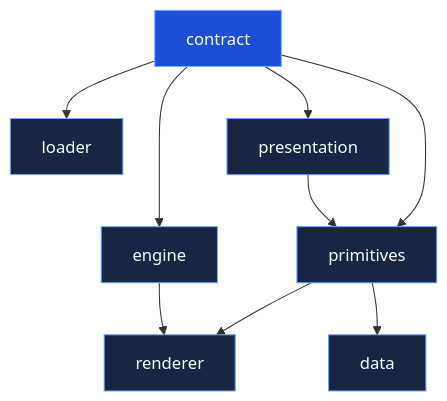
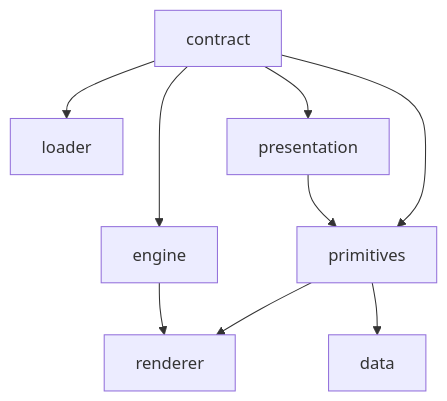
The first of 2 diagrams in apps/docs/packages/overview.md (ikary-platform/ikary-manifest), drawn with Mermaid before and after one commit. The commit also changed other lines of this file and 34 other files, not shown here.

````diff
--- a/apps/docs/packages/overview.md
+++ b/apps/docs/packages/overview.md
@@ -46,19 +35,11 @@
 ```mermaid
 graph TD
     contract[contract] --> loader[loader]
     contract --> engine[engine]
     contract --> presentation[presentation]
     contract --> primitives[primitives]
     presentation --> primitives
     primitives --> renderer[renderer]
     primitives --> data[data]
     engine --> renderer
-
-    style contract fill:#1d4ed8,stroke:#78afff,color:#f8fafc
-    style loader fill:#182644,stroke:#78afff,color:#f8fafc
-    style engine fill:#182644,stroke:#78afff,color:#f8fafc
-    style presentation fill:#182644,stroke:#63a0ff,color:#f8fafc
-    style primitives fill:#182644,stroke:#63a0ff,color:#f8fafc
-    style renderer fill:#182644,stroke:#63a0ff,color:#f8fafc
-    style data fill:#182644,stroke:#63a0ff,color:#f8fafc
 ```
````
